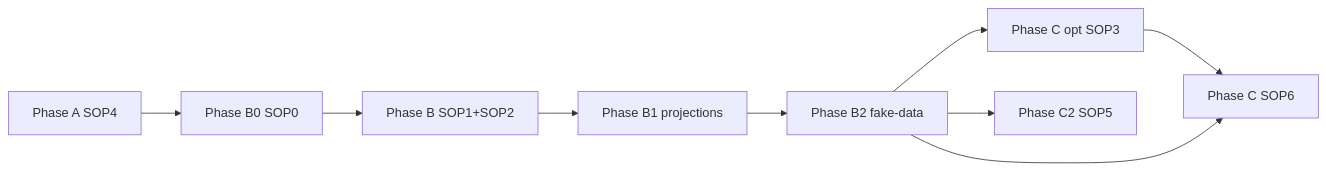
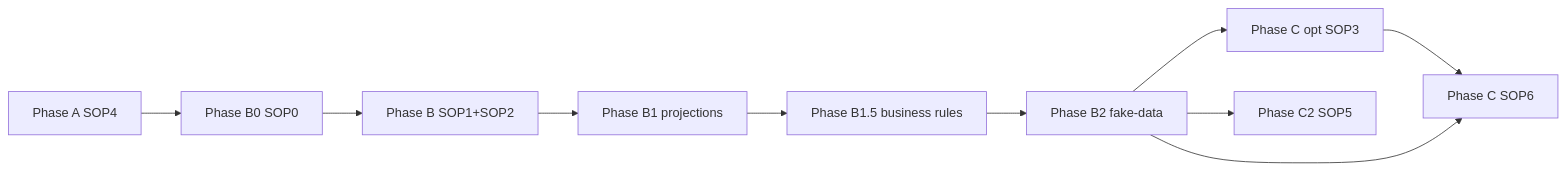
Before and after one commit to mindflight-orchestrator/starter-kit-ghostcrab-perso: the diagram in starterkit/personal-mcp/SOP_SEQUENCE.md, drawn with Mermaid. The commit also changed other lines of this file and 16 other files, not shown here.

First line of the commit message:
Add business rules catalog phase and GhostCrab schema activation gate.

````diff
--- a/starterkit/personal-mcp/SOP_SEQUENCE.md
+++ b/starterkit/personal-mcp/SOP_SEQUENCE.md
@@ -33,15 +33,16 @@
 ```mermaid
 flowchart LR
   A[Phase A SOP4]
   B0[Phase B0 SOP0]
   B[Phase B SOP1+SOP2]
   B1[Phase B1 projections]
+  B15[Phase B1.5 business rules]
   B2[Phase B2 fake-data]
   C3[Phase C opt SOP3]
   C6[Phase C SOP6]
   C2[Phase C2 SOP5]
-  A --> B0 --> B --> B1 --> B2
+  A --> B0 --> B --> B1 --> B15 --> B2
   B2 --> C3 --> C6
   B2 --> C6
   B2 --> C2
 ```
````
